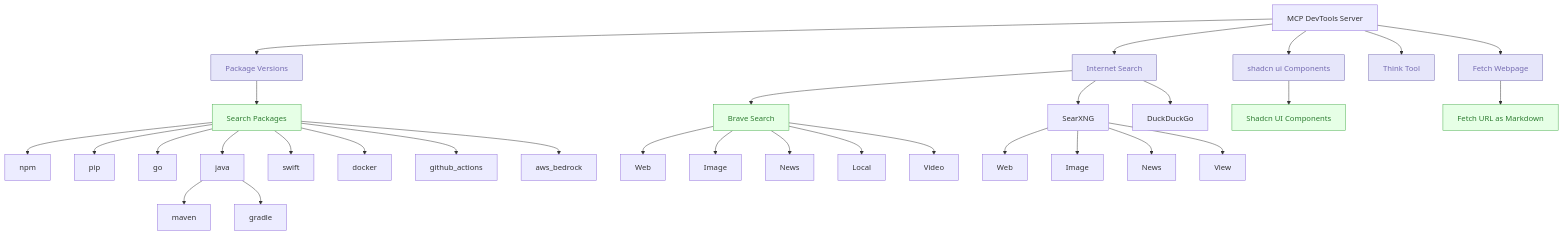
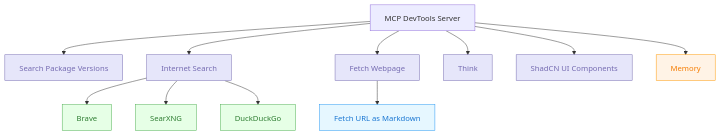
Before and after one commit to sammcj/mcp-devtools: the diagram in README.md, drawn with Mermaid. The commit also changed other lines of this file and 8 other files, not shown here.

Commit message:
feat: memory tool

````diff
--- a/README.md
+++ b/README.md
@@ -7,47 +7,27 @@
 ```mermaid
 graph TD
-    A[MCP DevTools Server] --> B[Package Versions]
+    A[MCP DevTools Server] --> B[Search Package Versions]
     A --> C[Internet Search]
     A --> D[Fetch Webpage]
-    A --> E[Think Tool]
-    A --> F[shadcn ui Components]
+    A --> E[Think]
+    A --> F[ShadCN UI Components]
+    A --> G[Memory]
 
-    B --> B1[Search Packages]
-    B1 --> B1A[npm]
-    B1 --> B1B[pip]
-    B1 --> B1C[go]
-    B1 --> B1D[java]
-    B1 --> B1E[swift]
-    B1 --> B1F[docker]
-    B1 --> B1G[github_actions]
-    B1 --> B1H[aws_bedrock]
-    B1D --> B1D1[maven]
-    B1D --> B1D2[gradle]
-
-    C --> C1[Brave Search]
-    C1 --> C1A[Web]
-    C1 --> C1B[Image]
-    C1 --> C1C[News]
-    C1 --> C1D[Local]
-    C1 --> C1E[Video]
-
+    C --> C1[Brave]
     C --> C2[SearXNG]
-    C2 --> C2A[Web]
-    C2 --> C2B[Image]
-    C2 --> C2C[News]
-    C2 --> C2D[View]
-
     C --> C3[DuckDuckGo]
-
-    F --> F1[Shadcn UI Components]
 
     D --> D1[Fetch URL as Markdown]
 
     classDef toolCategory fill:#E6E6FA,stroke:#756BB1,color:#756BB1
     classDef tool fill:#EFF3FF,stroke:#9ECAE1,color:#3182BD
     classDef searchTool fill:#E6FFE6,stroke:#4CAF50,color:#2E7D32
+    classDef memoryTool fill:#FFF3E6,stroke:#FF9800,color:#F57C00
+    classDef webTool fill:#E6F7FF,stroke:#2196F3,color:#1976D2
 
     class B,C,D,E,F toolCategory
     class B1,B2,E1,F1 tool
-    class B1,C1,D1,F1 searchTool
+    class B1,C1,C2,C3 searchTool
+    class G memoryTool
+    class D1 webTool
 ```
````
